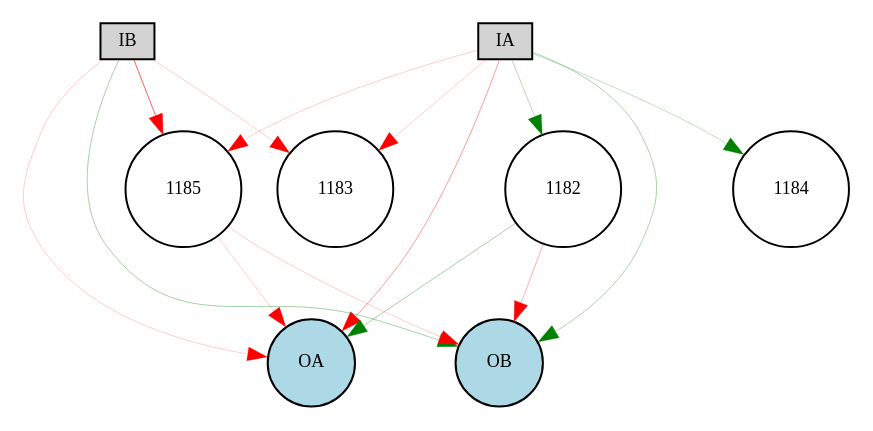
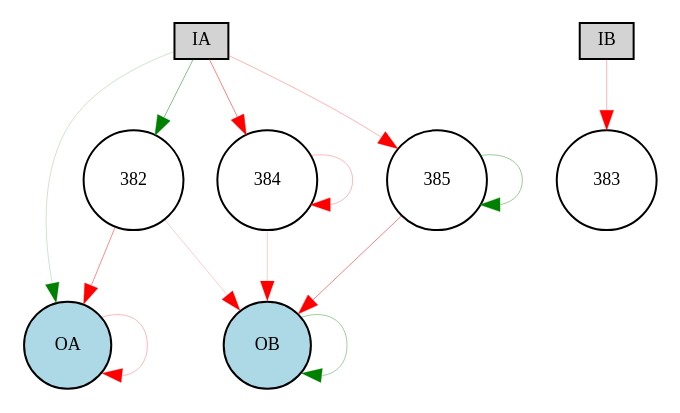
Before and after one commit to danxan/neuromorphic-evolution: the diagram in source/discrete_experiment/Digraph.gv, drawn with Graphviz. The commit also changed 7 other files, not shown here.

```diff
--- a/source/discrete_experiment/Digraph.gv
+++ b/source/discrete_experiment/Digraph.gv
@@ -1,23 +1,23 @@
 digraph {
 	node [fontsize=9 height=0.2 shape=circle width=0.2]
 	IA [fillcolor=lightgray shape=box style=filled]
 	IB [fillcolor=lightgray shape=box style=filled]
 	OA [fillcolor=lightblue style=filled]
 	OB [fillcolor=lightblue style=filled]
-	1185 [fillcolor=white style=filled]
-	1182 [fillcolor=white style=filled]
-	IA -> 1182 [color=green penwidth=0.1522257925672713 style=solid]
-	IA -> 1183 [color=red penwidth=0.1 style=solid]
-	IA -> 1184 [color=green penwidth=0.13113262098664114 style=solid]
-	IA -> 1185 [color=red penwidth=0.1 style=solid]
-	IB -> 1183 [color=red penwidth=0.1 style=solid]
-	IB -> 1185 [color=red penwidth=0.3104735807248351 style=solid]
-	1182 -> OA [color=green penwidth=0.18437944606170448 style=solid]
-	1182 -> OB [color=red penwidth=0.15773853038905555 style=solid]
-	1185 -> OA [color=red penwidth=0.1 style=solid]
-	1185 -> OB [color=red penwidth=0.1 style=solid]
-	IA -> OA [color=red penwidth=0.20103598474796758 style=solid]
-	IA -> OB [color=green penwidth=0.17280686325564787 style=solid]
-	IB -> OA [color=red penwidth=0.10419465040549908 style=solid]
-	IB -> OB [color=green penwidth=0.18093256765784574 style=solid]
+	384 [fillcolor=white style=filled]
+	385 [fillcolor=white style=filled]
+	382 [fillcolor=white style=filled]
+	IA -> 382 [color=green penwidth=0.24457616812338875 style=solid]
+	IA -> 384 [color=red penwidth=0.24599066284987753 style=solid]
+	IA -> 385 [color=red penwidth=0.15262824441312423 style=solid]
+	IB -> 383 [color=red penwidth=0.152214655378751 style=solid]
+	382 -> OA [color=red penwidth=0.22885427196913918 style=solid]
+	382 -> OB [color=red penwidth=0.1 style=solid]
+	384 -> OB [color=red penwidth=0.1 style=solid]
+	385 -> OB [color=red penwidth=0.24765965275728796 style=solid]
+	IA -> OA [color=green penwidth=0.10378414494596727 style=solid]
+	OA -> OA [color=red penwidth=0.14065994689604816 style=solid]
+	OB -> OB [color=green penwidth=0.19286868603946974 style=solid]
+	384 -> 384 [color=red penwidth=0.13997870544358057 style=solid]
+	385 -> 385 [color=green penwidth=0.2037298423918529 style=solid]
 }
```
